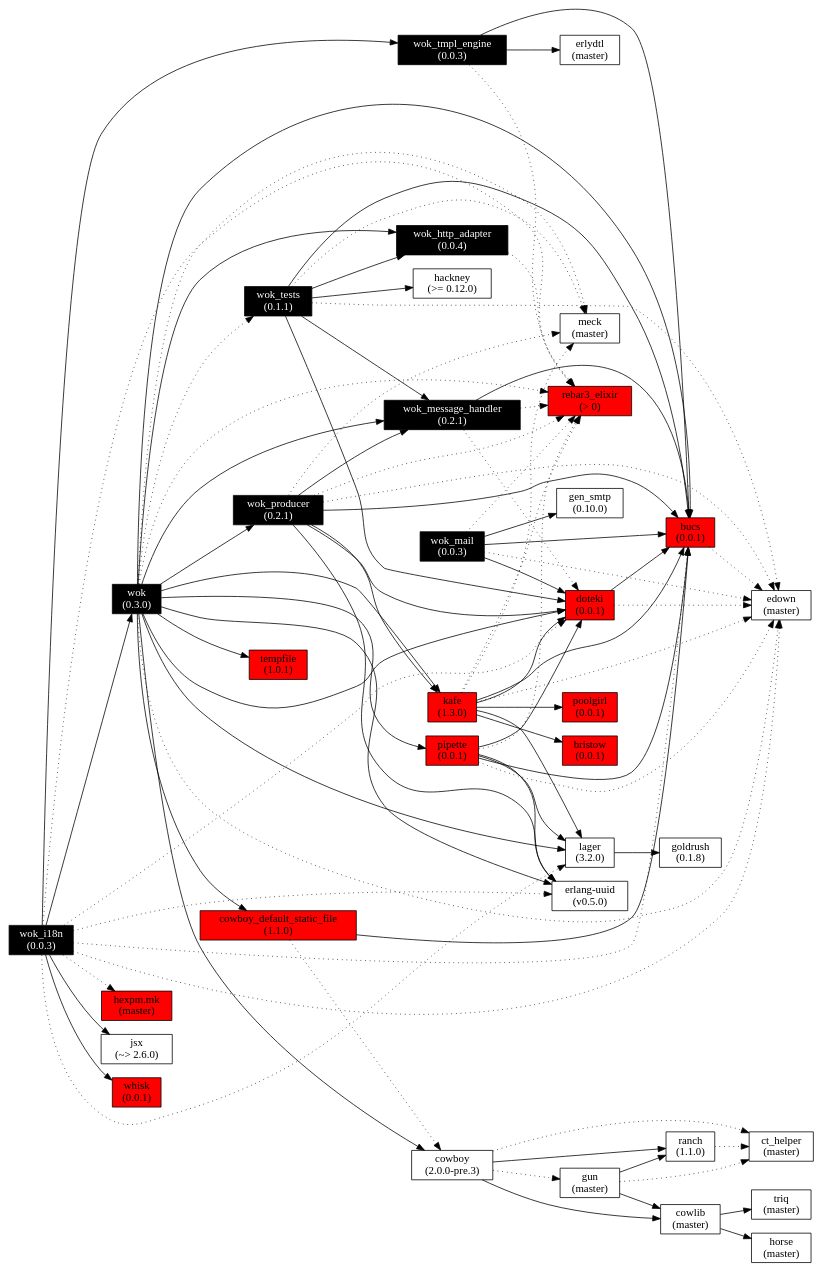
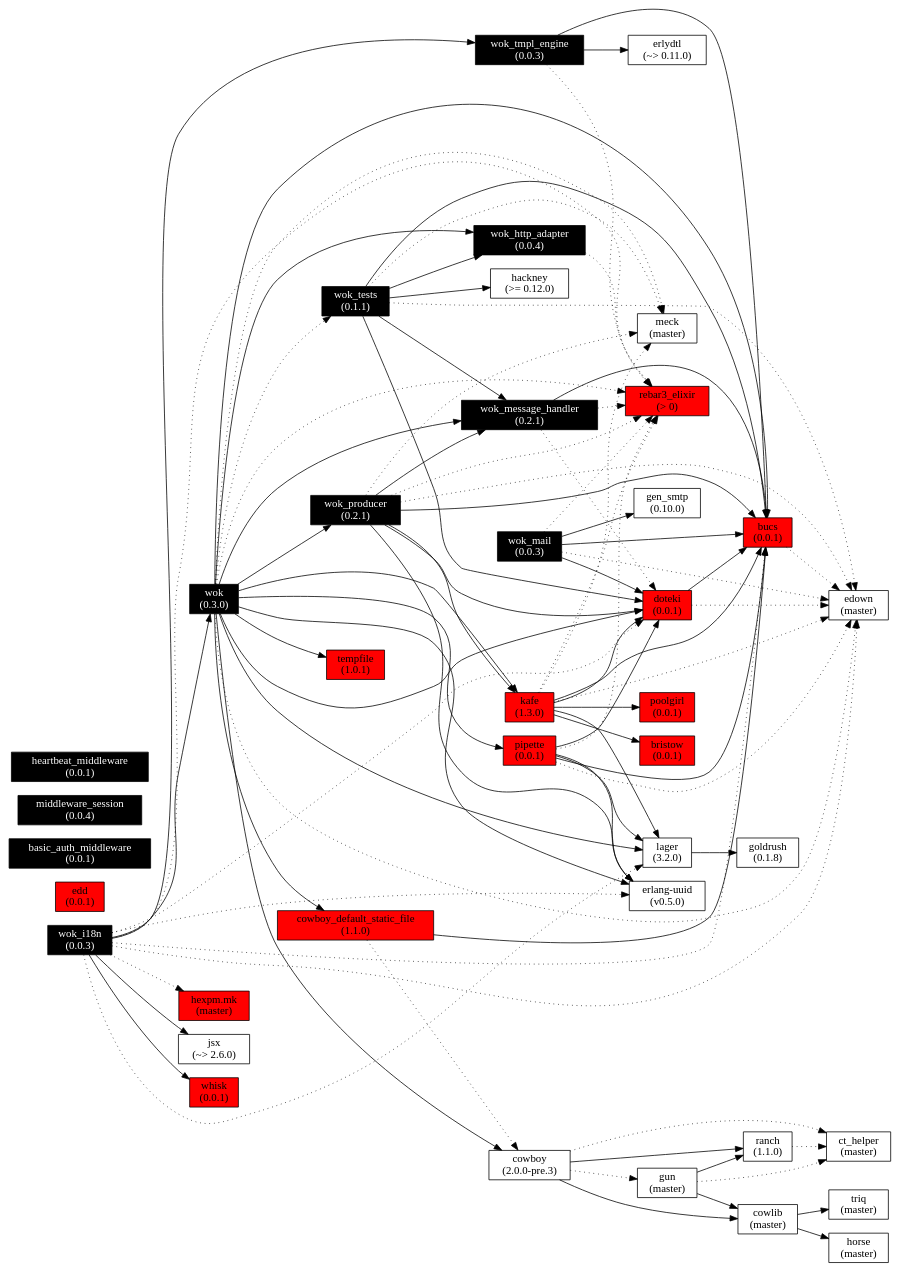
The diagram in images/wok.deps.gv (botsunit/wok), drawn with Graphviz before and after one commit. The commit also changed 4 other files, not shown here.

```diff
--- a/images/wok.deps.gv
+++ b/images/wok.deps.gv
@@ -1,146 +1,150 @@
 digraph wok_deps {
   node[shape=box];
   graph[
     overlap=false,
     splines=spline;
     rankdir=LR;
   ]
 
   wok[label="wok\n(0.3.0)", fontcolor="white", style="filled", fillcolor="black"];
   lager[label="lager\n(3.2.0)"];
   wok_http_adapter[label="wok_http_adapter\n(0.0.4)", fontcolor="white", style="filled", fillcolor="black"];
   wok_message_handler[label="wok_message_handler\n(0.2.1)", fontcolor="white", style="filled", fillcolor="black"];
   wok_producer[label="wok_producer\n(0.2.1)", fontcolor="white", style="filled", fillcolor="black"];
   pipette[label="pipette\n(0.0.1)", style="filled", fillcolor="red"];
   kafe[label="kafe\n(1.3.0)", style="filled", fillcolor="red"];
   poolgirl[label="poolgirl\n(0.0.1)", style="filled", fillcolor="red"];
   bristow[label="bristow\n(0.0.1)", style="filled", fillcolor="red"];
   cowboy[label="cowboy\n(2.0.0-pre.3)"];
   cowboy_default_static_file[label="cowboy_default_static_file\n(1.1.0)", style="filled", fillcolor="red"];
   tempfile[label="tempfile\n(1.0.1)", style="filled", fillcolor="red"];
   bucs[label="bucs\n(0.0.1)", style="filled", fillcolor="red"];
   doteki[label="doteki\n(0.0.1)", style="filled", fillcolor="red"];
   uuid[label="erlang-uuid\n(v0.5.0)"];
   rebar3_elixir[label="rebar3_elixir\n(> 0)", style="filled", fillcolor="red"];
   edown[label="edown\n(master)"];
   meck[label="meck\n(master)"];
   wok_tests[label="wok_tests\n(0.1.1)", fontcolor="white", style="filled", fillcolor="black"];
   goldrush[label="goldrush\n(0.1.8)"];
   cowlib[label="cowlib\n(master)"];
   ranch[label="ranch\n(1.1.0)"];
   gun[label="gun\n(master)"];
   ct_helper[label="ct_helper\n(master)"];
   hackney[label="hackney\n(>= 0.12.0)"];
   horse[label="horse\n(master)"];
   triq[label="triq\n(master)"];
   wok_mail[label="wok_mail\n(0.0.3)", fontcolor="white", style="filled", fillcolor="black"];
   gen_smtp[label="gen_smtp\n(0.10.0)"];
   wok_i18n[label="wok_i18n\n(0.0.3)", fontcolor="white", style="filled", fillcolor="black"];
   hexpm_mk[label="hexpm.mk\n(master)", style="filled", fillcolor="red"];
   jsx[label="jsx\n(~> 2.6.0)"];
   whisk[label="whisk\n(0.0.1)", style="filled", fillcolor="red"];
   wok_tmpl_engine[label="wok_tmpl_engine\n(0.0.3)", fontcolor="white", style="filled", fillcolor="black"];
-  erlydtl[label="erlydtl\n(master)"];
+  erlydtl[label="erlydtl\n(~> 0.11.0)"];
+  edd[label="edd\n(0.0.1)", style="filled", fillcolor="red"];
+  basic_auth_middleware[label="basic_auth_middleware\n(0.0.1)", fontcolor="white", style="filled", fillcolor="black"];
+  middleware_session[label="middleware_session\n(0.0.4)", fontcolor="white", style="filled", fillcolor="black"];
+  heartbeat_middleware[label="heartbeat_middleware\n(0.0.1)", fontcolor="white", style="filled", fillcolor="black"];
 
   wok -> lager;
   wok -> wok_http_adapter;
   wok -> wok_message_handler;
   wok -> wok_producer;
   wok -> pipette;
   wok -> kafe;
   wok -> cowboy;
   wok -> cowboy_default_static_file;
   wok -> bucs;
   wok -> doteki;
   wok -> uuid;
   wok -> tempfile;
   wok-> rebar3_elixir[style=dotted];
   wok-> edown[style=dotted];
   wok-> wok_tests[style=dotted];
   wok-> meck[style=dotted];
 
   lager -> goldrush;
 
   wok_http_adapter -> rebar3_elixir[style=dotted];
 
   wok_message_handler -> bucs;
   wok_message_handler -> doteki[style=dotted];
   wok_message_handler -> rebar3_elixir[style=dotted];
 
   wok_producer -> wok_message_handler;
   wok_producer -> kafe;
   wok_producer -> bucs;
   wok_producer -> doteki;
   wok_producer -> uuid;
   wok_producer -> edown[style=dotted];
   wok_producer -> meck[style=dotted];
   wok_producer -> rebar3_elixir[style=dotted];
 
   pipette -> lager;
   pipette -> bucs;
   pipette -> doteki;
   pipette -> uuid;
   pipette -> edown[style=dotted];
   pipette -> rebar3_elixir[style=dotted];
 
   kafe -> lager;
   kafe -> bucs;
   kafe -> doteki;
   kafe -> poolgirl;
   kafe -> bristow;
   kafe -> edown[style=dotted];
   kafe -> meck[style=dotted];
   kafe -> rebar3_elixir[style=dotted];
 
   cowboy -> cowlib;
   cowboy -> ranch;
   cowboy -> ct_helper[style=dotted];
   cowboy -> gun[style=dotted];
 
   cowboy_default_static_file -> bucs;
   cowboy_default_static_file -> cowboy[style=dotted];
 
   bucs -> edown[style=dotted];
 
   doteki -> bucs;
   doteki -> edown[style=dotted];
 
   wok_tests -> bucs;
   wok_tests -> wok_http_adapter;
   wok_tests -> wok_message_handler;
   wok_tests -> doteki;
   wok_tests -> hackney;
   wok_tests -> edown[style=dotted];
   wok_tests -> meck[style=dotted];
 
   cowlib -> horse;
   cowlib -> triq;
 
   ranch -> ct_helper[style=dotted];
 
   gun -> cowlib;
   gun -> ranch;
   gun -> ct_helper[style=dotted];
 
   wok_mail -> bucs;
   wok_mail -> doteki;
   wok_mail -> gen_smtp;
   wok_mail -> edown[style=dotted];
   wok_mail -> rebar3_elixir[style=dotted];
 
   wok_i18n -> whisk;
   wok_i18n -> wok_tmpl_engine;
   wok_i18n -> jsx;
   wok_i18n -> rebar3_elixir[style=dotted];
   wok_i18n -> hexpm_mk[style=dotted];
   wok_i18n -> lager[style=dotted];
   wok_i18n -> doteki[style=dotted];
   wok_i18n -> bucs[style=dotted];
   wok_i18n -> uuid[style=dotted];
   wok_i18n -> edown[style=dotted];
   wok_i18n -> wok;
 
   wok_tmpl_engine -> erlydtl;
   wok_tmpl_engine -> bucs;
   wok_tmpl_engine -> rebar3_elixir[style=dotted];
 }
```
